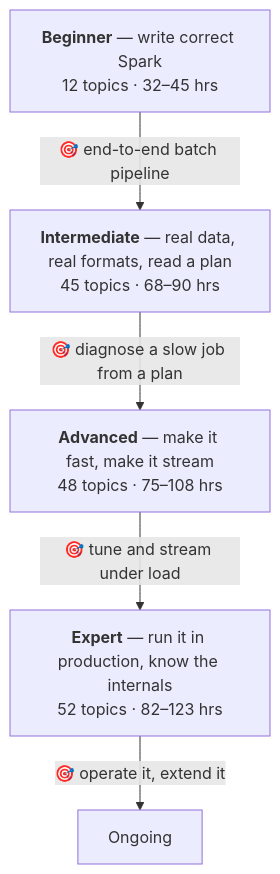
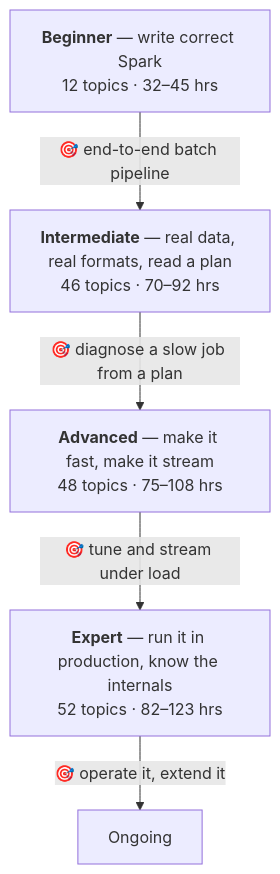
Before and after one commit to arindamchoudhury/spark-gyan: the first of 2 diagrams in docs/learning-path-v2.md, drawn with Mermaid. The commit also changed other lines of this file, not shown here.

````diff
--- a/docs/learning-path-v2.md
+++ b/docs/learning-path-v2.md
@@ -113,11 +115,11 @@
 ```mermaid
 flowchart TD
     B["<b>Beginner</b> — write correct Spark<br/>12 topics · 32–45 hrs"]
-    I["<b>Intermediate</b> — real data, real formats, read a plan<br/>45 topics · 68–90 hrs"]
+    I["<b>Intermediate</b> — real data, real formats, read a plan<br/>46 topics · 70–92 hrs"]
     A["<b>Advanced</b> — make it fast, make it stream<br/>48 topics · 75–108 hrs"]
     E["<b>Expert</b> — run it in production, know the internals<br/>52 topics · 82–123 hrs"]
     B -->|"🎯 end-to-end batch pipeline"| I
     I -->|"🎯 diagnose a slow job from a plan"| A
     A -->|"🎯 tune and stream under load"| E
     E -->|"🎯 operate it, extend it"| Done["Ongoing"]
 ```
````
